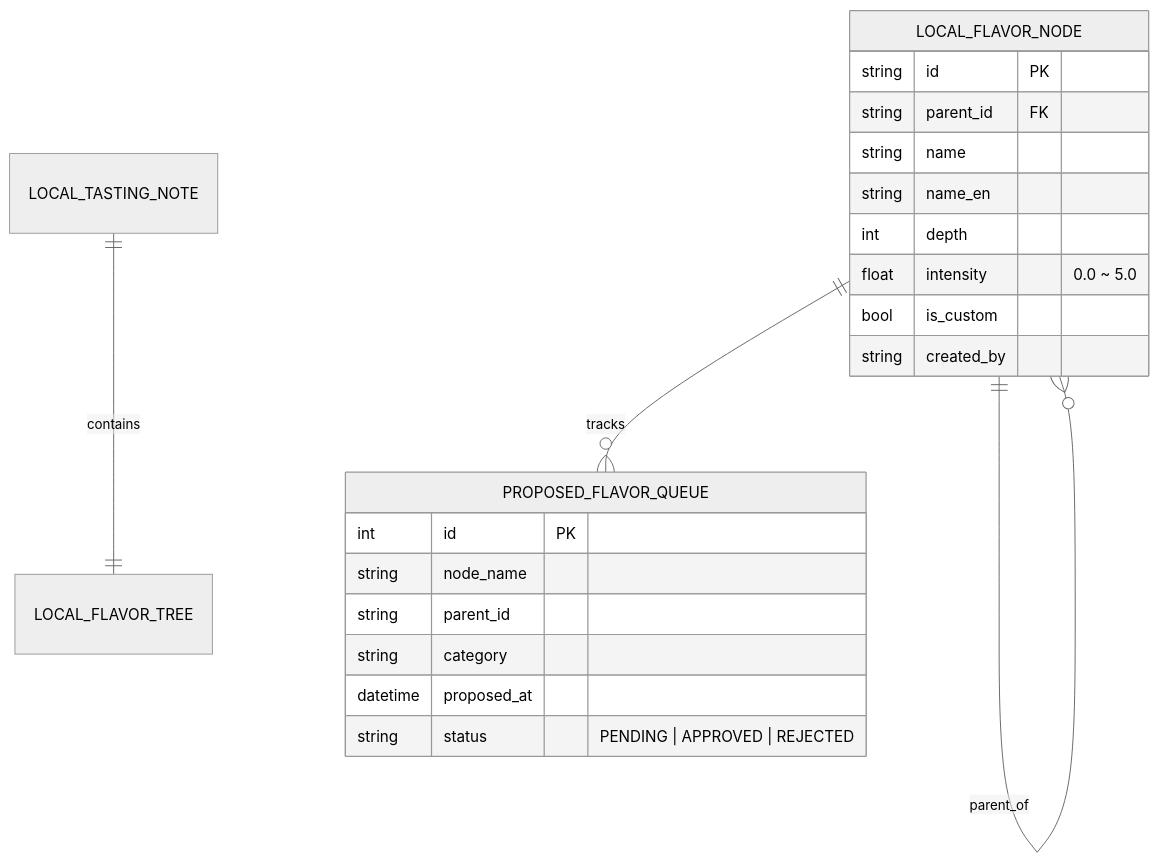
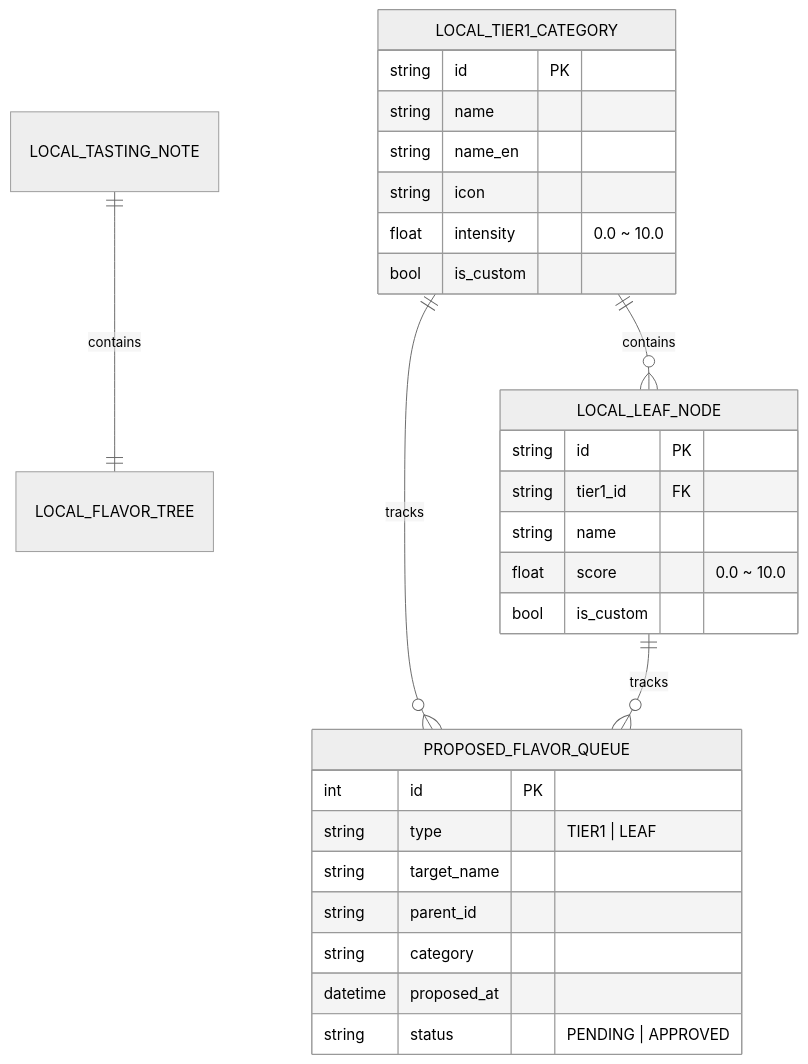
Before and after one commit to chanhooop/FlavorWheel: the fifth of 5 diagrams in README.md, drawn with Mermaid (neutral theme). The commit also changed other lines of this file and 1 other file, not shown here.

````diff
--- a/README.md
+++ b/README.md
@@ -169,26 +197,34 @@
 ```mermaid
 erDiagram
     LOCAL_TASTING_NOTE ||--|| LOCAL_FLAVOR_TREE : contains
-    LOCAL_FLAVOR_NODE ||--o{ LOCAL_FLAVOR_NODE : parent_of
-    LOCAL_FLAVOR_NODE ||--o{ PROPOSED_FLAVOR_QUEUE : tracks
+    LOCAL_TIER1_CATEGORY ||--o{ LOCAL_LEAF_NODE : contains
+    LOCAL_TIER1_CATEGORY ||--o{ PROPOSED_FLAVOR_QUEUE : tracks
+    LOCAL_LEAF_NODE ||--o{ PROPOSED_FLAVOR_QUEUE : tracks
 
-    LOCAL_FLAVOR_NODE {
+    LOCAL_TIER1_CATEGORY {
         string id PK
-        string parent_id FK
         string name
         string name_en
-        int depth
-        float intensity "0.0 ~ 5.0"
+        string icon
+        float intensity "0.0 ~ 10.0"
         bool is_custom
-        string created_by
+    }
+
+    LOCAL_LEAF_NODE {
+        string id PK
+        string tier1_id FK
+        string name
+        float score "0.0 ~ 10.0"
+        bool is_custom
     }
 
     PROPOSED_FLAVOR_QUEUE {
         int id PK
-        string node_name
+        string type "TIER1 | LEAF"
+        string target_name
         string parent_id
         string category
         datetime proposed_at
-        string status "PENDING | APPROVED | REJECTED"
+        string status "PENDING | APPROVED"
     }
 ```
````
